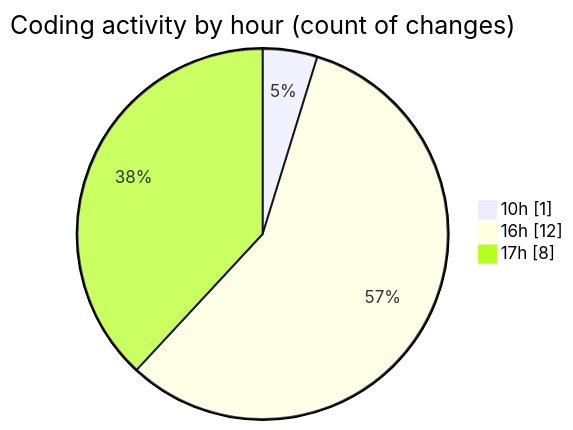
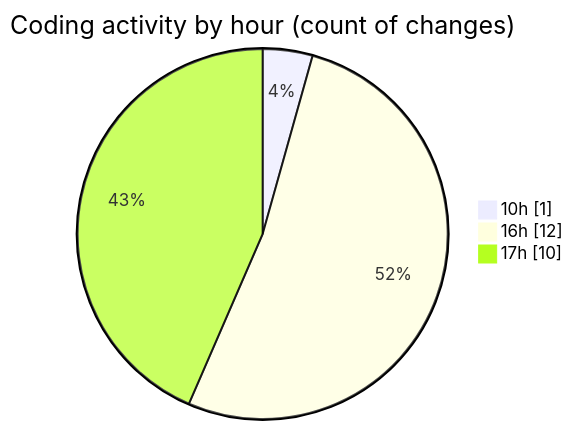
The second of 2 diagrams in 2025-11-12/cdp_aleoudev_fr__workspace_/README.md (julien-gomy/code-tracking), drawn with Mermaid before and after one commit. The commit also changed other lines of this file and 1 other file, not shown here.

````diff
--- a/2025-11-12/cdp_aleoudev_fr__workspace_/README.md
+++ b/2025-11-12/cdp_aleoudev_fr__workspace_/README.md
@@ -30,7 +30,7 @@
 ```mermaid
 pie showData
 title Coding activity by hour (count of changes)
 "10h" : 1
 "16h" : 12
-"17h" : 8
+"17h" : 10
 ```
````
